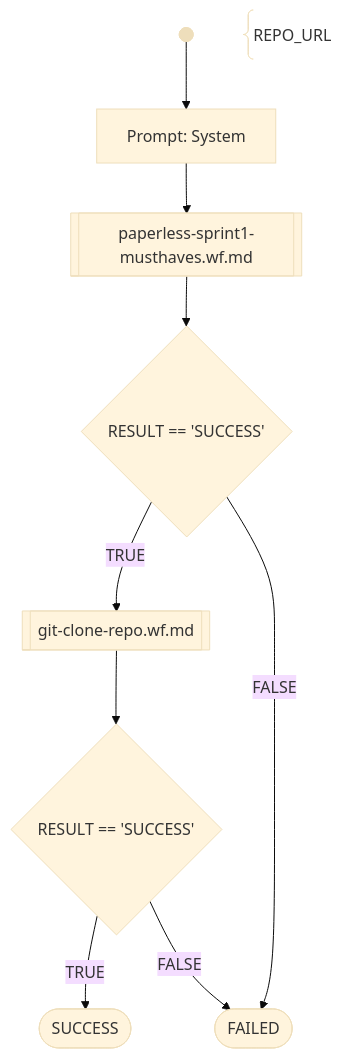
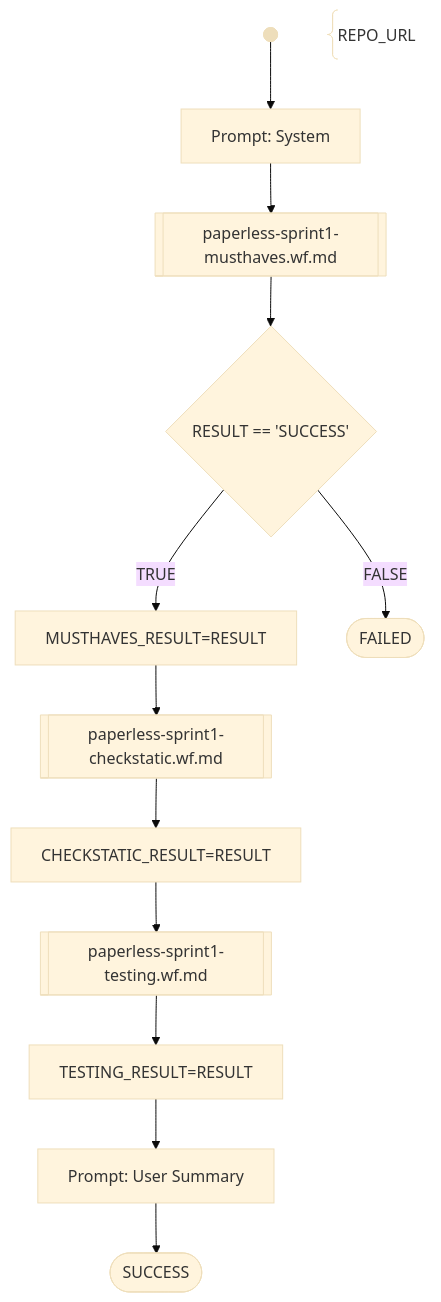
One commit to BernLeWal/AICodeMentor changed the diagram in workflows/bif5-swkom/paperless-sprint1.wf.md. Above: the diagram before and after it, drawn with Mermaid (base theme). The commit also changed other lines of this file and 14 other files, not shown here.

Commit message:
bif5-swkom/paerless-sprint1 workflow, improved shell timeouts, added prompt-length limit

````diff
--- a/workflows/bif5-swkom/paperless-sprint1.wf.md
+++ b/workflows/bif5-swkom/paperless-sprint1.wf.md
@@ -27,19 +27,26 @@
 ```mermaid
 flowchart TD
     START@{ shape: f-circ, label:"start"} --> PROMPT_SYSTEM
     PARAMS@{ shape: comment, label: "REPO_URL"}
 
-    PROMPT_SYSTEM[Prompt: System] --> CALL_CHECKTOOLS
-    CALL_CHECKTOOLS[[paperless-sprint1-musthaves.wf.md]] --> CHECK_RESULT_SUCCESS{RESULT == 'SUCCESS'}
+    PROMPT_SYSTEM[Prompt: System] --> CALL_MUSTHAVES
+    CALL_MUSTHAVES[[paperless-sprint1-musthaves.wf.md]] --> CHECK_MUSTHAVES_SUCCESS{RESULT == 'SUCCESS'}
 
-    CHECK_RESULT_SUCCESS --> |TRUE| CALL_GITCLONE
-    CHECK_RESULT_SUCCESS --> |FALSE| FAILED 
+    CHECK_MUSTHAVES_SUCCESS --> |TRUE| SET_MUSTHAVES_RESULT
+    CHECK_MUSTHAVES_SUCCESS --> |FALSE| FAILED
 
-    CALL_GITCLONE[[git-clone-repo.wf.md]] --> CHECK_CLONE_SUCCESS{RESULT == 'SUCCESS'}
+    SET_MUSTHAVES_RESULT[MUSTHAVES_RESULT=RESULT] --> CALL_CHECKSTATIC
 
-    CHECK_CLONE_SUCCESS --> |TRUE| SUCCESS
-    CHECK_CLONE_SUCCESS --> |FALSE| FAILED 
-    
+    CALL_CHECKSTATIC[[paperless-sprint1-checkstatic.wf.md]] --> SET_CHECKSTATIC_RESULT
+
+    SET_CHECKSTATIC_RESULT[CHECKSTATIC_RESULT=RESULT] --> CALL_TESTING
+
+    CALL_TESTING[[paperless-sprint1-testing.wf.md]] --> SET_TESTING_RESULT
+
+    SET_TESTING_RESULT[TESTING_RESULT=RESULT] --> PROMPT_REPORT
+
+    PROMPT_REPORT[Prompt: User Summary] --> SUCCESS
+
     SUCCESS@{ shape: stadium  }
     FAILED@{ shape: stadium }
 ```
````
